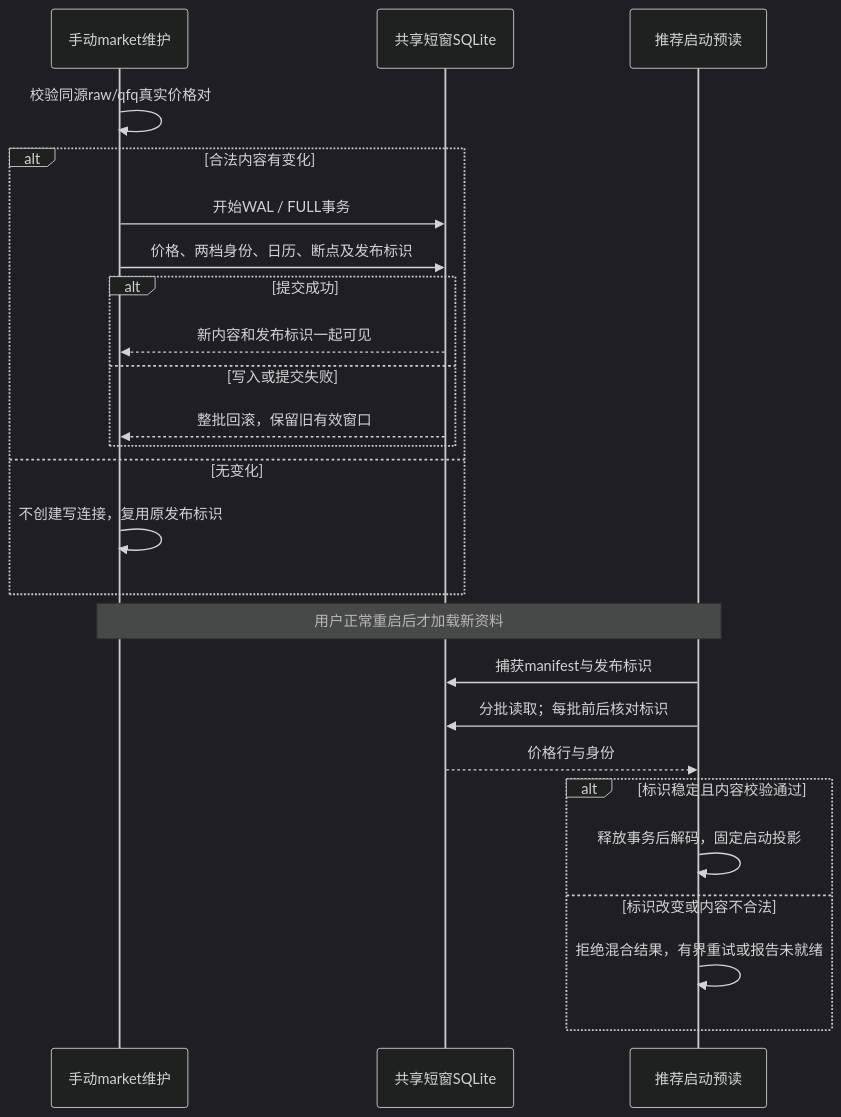
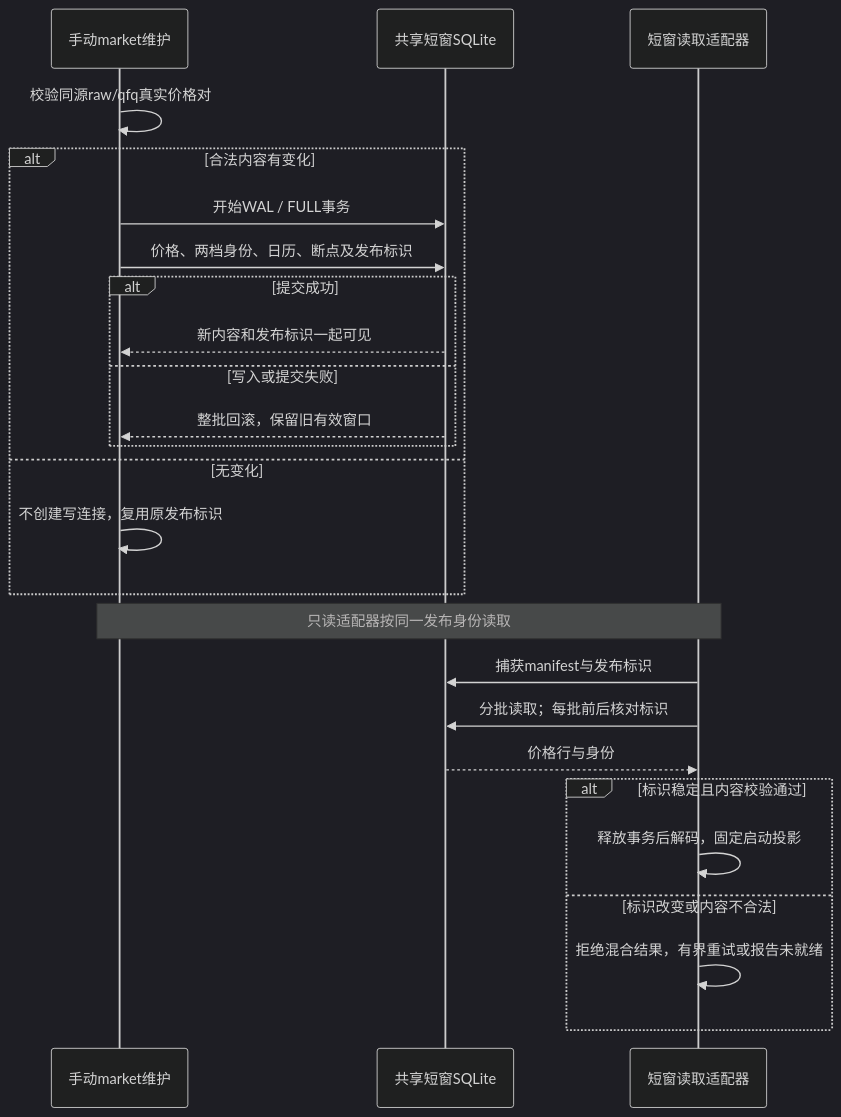
Before and after one commit to 373699756/trader: the fourth of 4 diagrams in docs/4_下载训练.md, drawn with Mermaid (dark theme). The commit also changed other lines of this file and 62 other files, not shown here.

````diff
--- a/docs/4_下载训练.md
+++ b/docs/4_下载训练.md
@@ -363,27 +363,27 @@
 ```mermaid
 sequenceDiagram
     participant Sync as 手动market维护
     participant DB as 共享短窗SQLite
-    participant Boot as 推荐启动预读
+    participant Boot as 短窗读取适配器
     Sync->>Sync: 校验同源raw/qfq真实价格对
     alt 合法内容有变化
         Sync->>DB: 开始WAL / FULL事务
         Sync->>DB: 价格、两档身份、日历、断点及发布标识
         alt 提交成功
             DB-->>Sync: 新内容和发布标识一起可见
         else 写入或提交失败
             DB-->>Sync: 整批回滚，保留旧有效窗口
         end
     else 无变化
         Sync->>Sync: 不创建写连接，复用原发布标识
     end
-    Note over Sync,Boot: 用户正常重启后才加载新资料
+    Note over Sync,Boot: 只读适配器按同一发布身份读取
     Boot->>DB: 捕获manifest与发布标识
     Boot->>DB: 分批读取；每批前后核对标识
     DB-->>Boot: 价格行与身份
     alt 标识稳定且内容校验通过
         Boot->>Boot: 释放事务后解码，固定启动投影
     else 标识改变或内容不合法
         Boot->>Boot: 拒绝混合结果，有界重试或报告未就绪
     end
 ```
````
